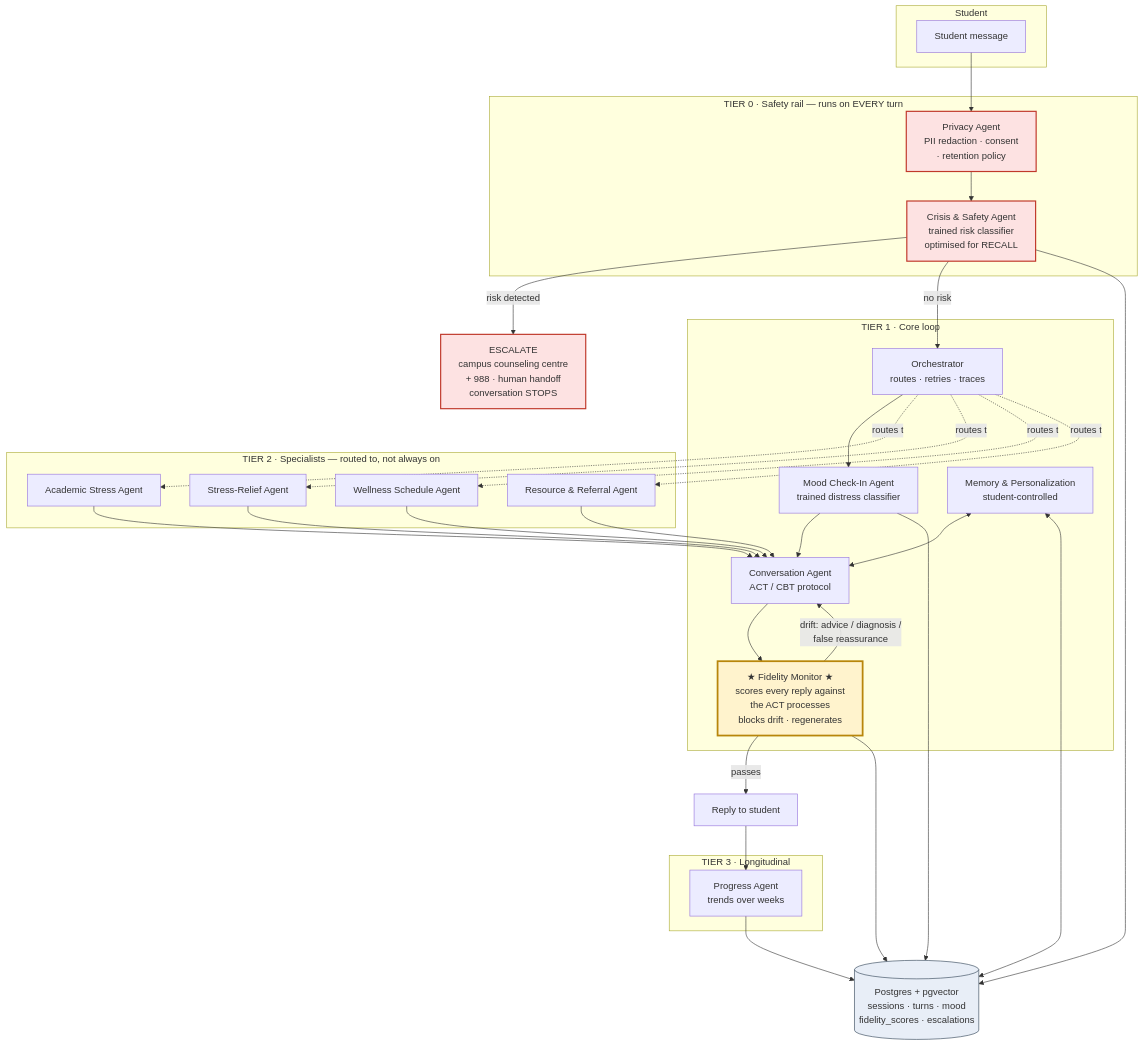
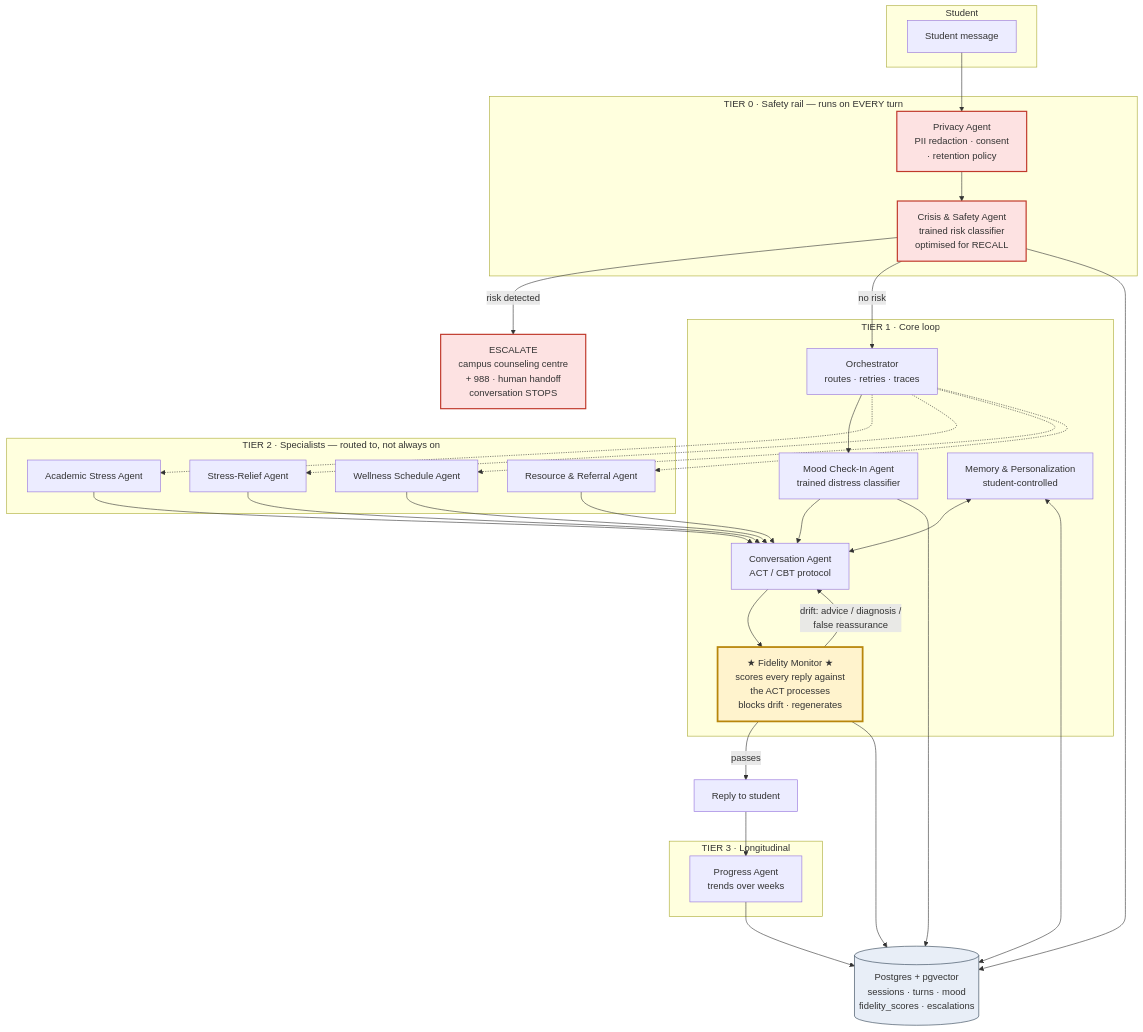
One commit to Chinonsocheq21/Zenai changed the first of 4 diagrams in docs/diagrams.md. Above: the diagram before and after it, drawn with Mermaid. The commit also changed 13 other files, not shown here.

````diff
--- a/docs/diagrams.md
+++ b/docs/diagrams.md
@@ -21,64 +21,64 @@
 ```mermaid
 flowchart TB
     subgraph UI["Student"]
         S["Student message"]
     end
 
     subgraph RAIL["TIER 0 · Safety rail — runs on EVERY turn"]
         CRISIS["Crisis & Safety Agent<br/>trained risk classifier<br/>optimised for RECALL"]
         PRIV["Privacy Agent<br/>PII redaction · consent<br/>· retention policy"]
     end
 
     subgraph CORE["TIER 1 · Core loop"]
         ORCH["Orchestrator<br/>routes · retries · traces"]
         MOOD["Mood Check-In Agent<br/>trained distress classifier"]
         CONV["Conversation Agent<br/>ACT / CBT protocol"]
         FID["★ Fidelity Monitor ★<br/>scores every reply against<br/>the ACT processes<br/>blocks drift · regenerates"]
         MEM["Memory & Personalization<br/>student-controlled"]
     end
 
     subgraph SPEC["TIER 2 · Specialists — routed to, not always on"]
         ACAD["Academic Stress Agent"]
         RELIEF["Stress-Relief Agent"]
         SCHED["Wellness Schedule Agent"]
         REF["Resource & Referral Agent"]
     end
 
     subgraph LONG["TIER 3 · Longitudinal"]
         PROG["Progress Agent<br/>trends over weeks"]
     end
 
     DB[("Postgres + pgvector<br/>sessions · turns · mood<br/>fidelity_scores · escalations")]
 
     S --> PRIV
     PRIV --> CRISIS
     CRISIS -->|"risk detected"| ESC["ESCALATE<br/>campus counseling centre<br/>+ 988 · human handoff<br/>conversation STOPS"]
     CRISIS -->|"no risk"| ORCH
     ORCH --> MOOD
     MOOD --> CONV
-    ORCH -.routes to.-> ACAD
-    ORCH -.routes to.-> RELIEF
-    ORCH -.routes to.-> SCHED
-    ORCH -.routes to.-> REF
+    ORCH -.-> ACAD
+    ORCH -.-> RELIEF
+    ORCH -.-> SCHED
+    ORCH -.-> REF
     ACAD --> CONV
     RELIEF --> CONV
     SCHED --> CONV
     REF --> CONV
     MEM <--> CONV
     CONV --> FID
     FID -->|"passes"| OUT["Reply to student"]
     FID -->|"drift: advice / diagnosis /<br/>false reassurance"| CONV
     OUT --> PROG
     MOOD --> DB
     FID --> DB
     PROG --> DB
     MEM <--> DB
     CRISIS --> DB
 
     classDef safety fill:#fde2e2,stroke:#c0392b,stroke-width:2px
     classDef novel fill:#fff3cd,stroke:#b8860b,stroke-width:3px
     classDef store fill:#e8eef7,stroke:#2c3e50
     class CRISIS,PRIV,ESC safety
     class FID novel
     class DB store
 ```
````
